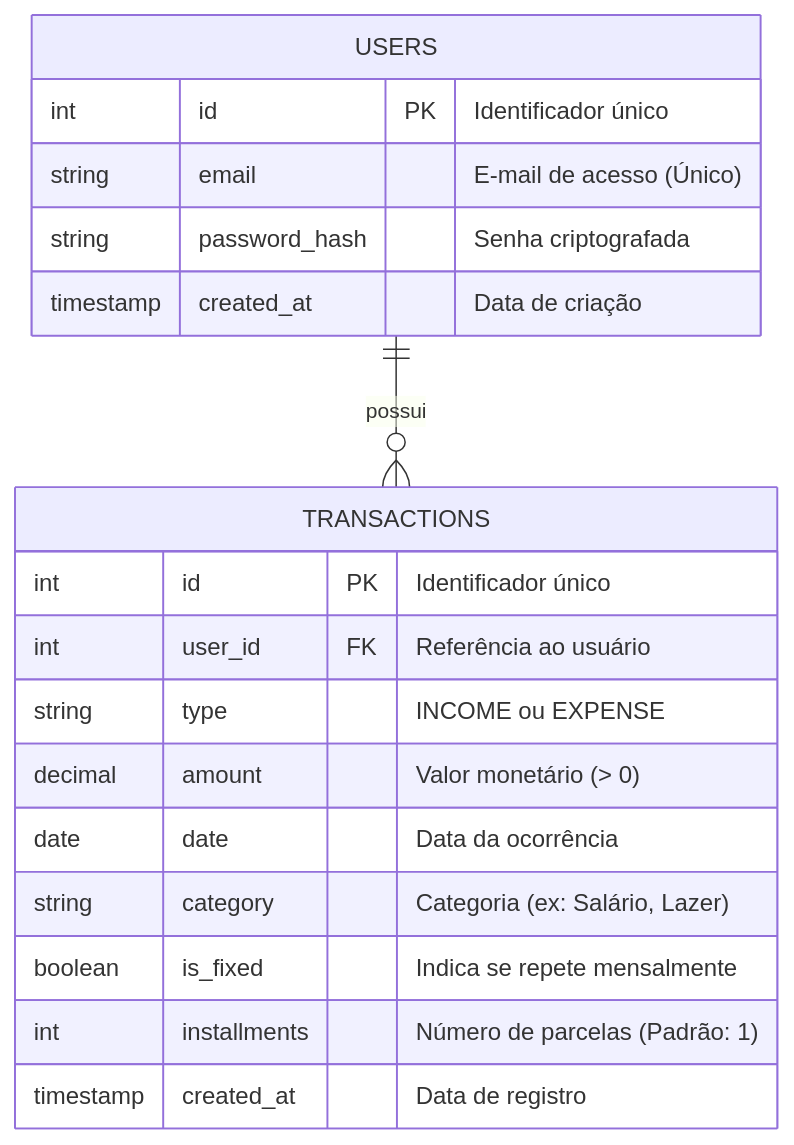
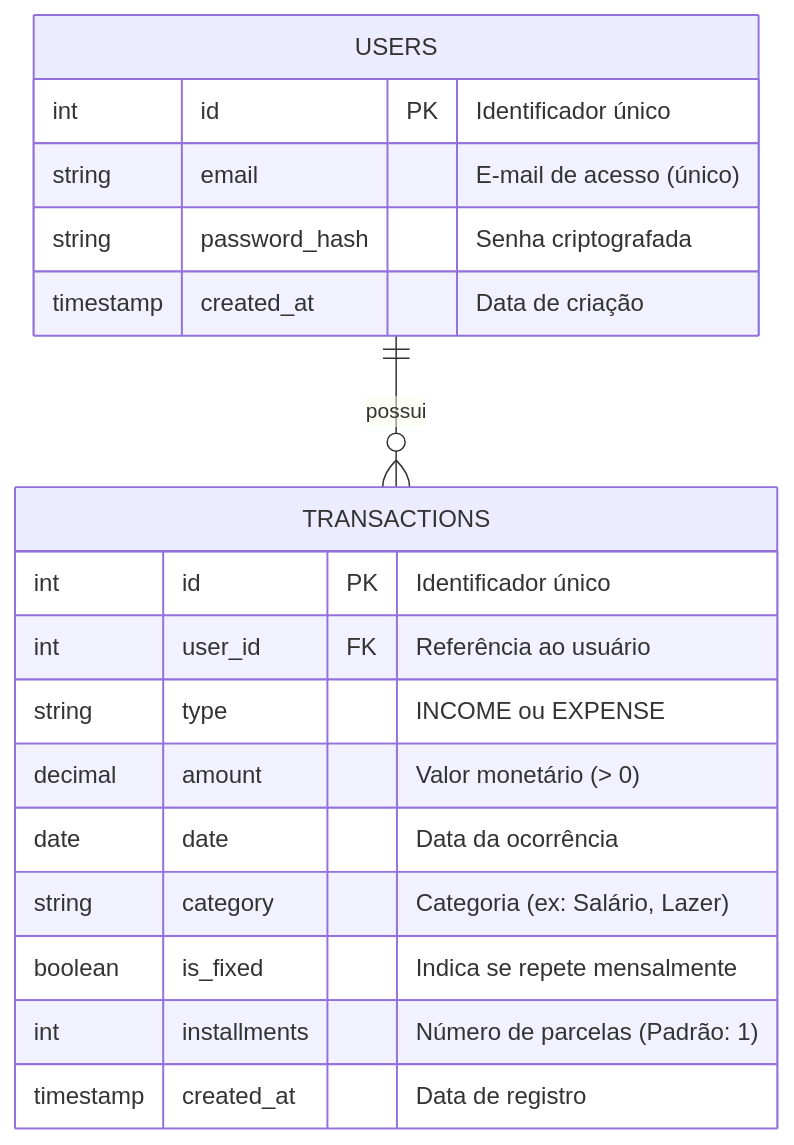
The first of 2 diagrams in docs/modelagem/DIAGRAMA_DE_CLASSES.md (jackssmo/meu-orcamento-fullstack), drawn with Mermaid before and after one commit. The commit also changed other lines of this file, not shown here.

Commit message:
docs: atualização DIAGRAMA DE CLASSES

````diff
--- a/docs/modelagem/DIAGRAMA_DE_CLASSES.md
+++ b/docs/modelagem/DIAGRAMA_DE_CLASSES.md
@@ -11,23 +11,23 @@
 ```mermaid
 erDiagram
     USERS ||--o{ TRANSACTIONS : "possui"
     
     USERS {
         int id PK "Identificador único"
-        string email "E-mail de acesso (Único)"
+        string email "E-mail de acesso (único)"
         string password_hash "Senha criptografada"
         timestamp created_at "Data de criação"
     }
     
     TRANSACTIONS {
         int id PK "Identificador único"
         int user_id FK "Referência ao usuário"
         string type "INCOME ou EXPENSE"
         decimal amount "Valor monetário (> 0)"
         date date "Data da ocorrência"
         string category "Categoria (ex: Salário, Lazer)"
         boolean is_fixed "Indica se repete mensalmente"
         int installments "Número de parcelas (Padrão: 1)"
         timestamp created_at "Data de registro"
     }
 ```
````
